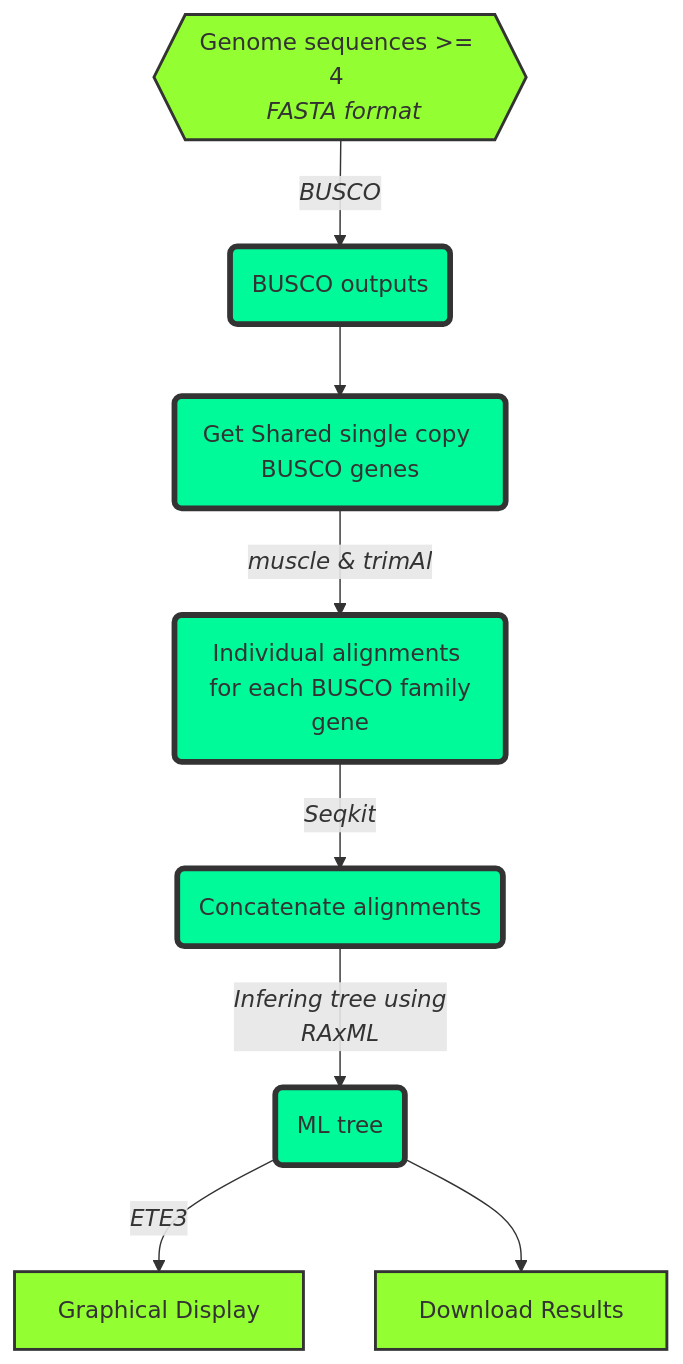
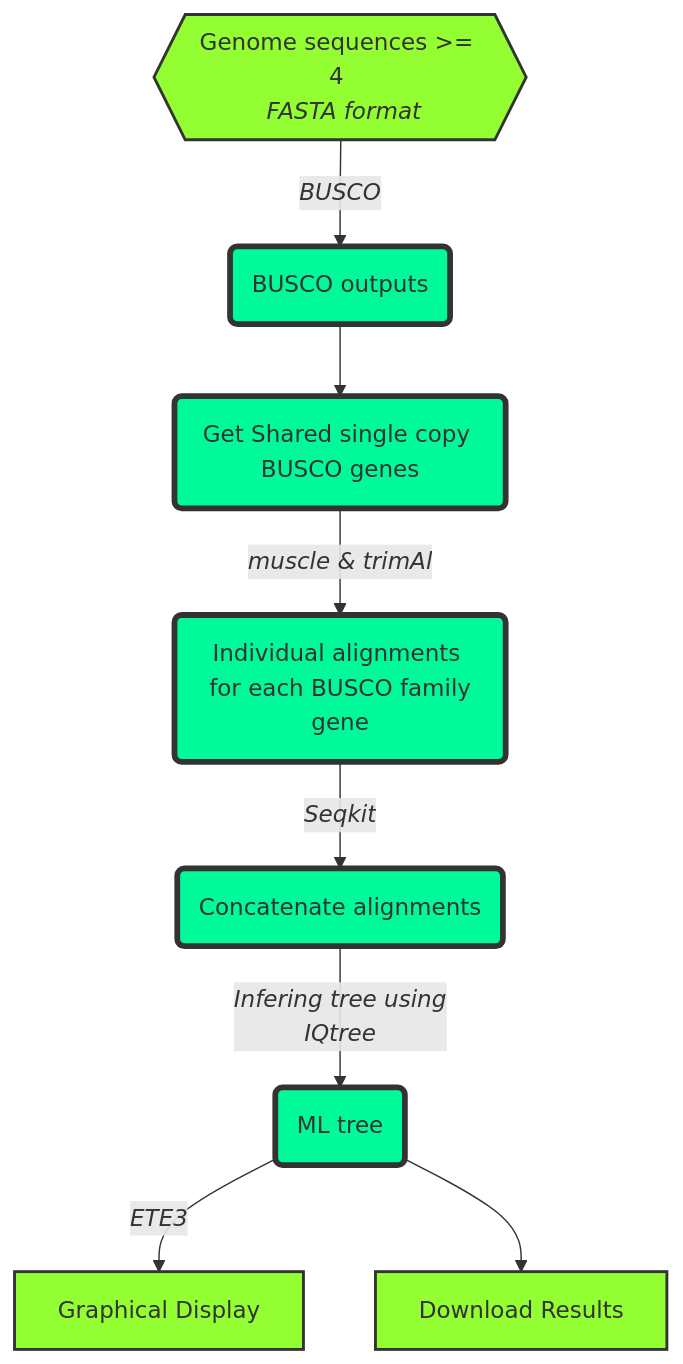
One commit to alaesahbou/BuscoPhylo changed the diagram in README.md. Above: the diagram before and after it, drawn with Mermaid.

````diff
--- a/README.md
+++ b/README.md
@@ -7,20 +7,20 @@
 ```mermaid
 graph TD
     
     a{{Genome sequences >= 4 <br> <i>FASTA format}} -- <i>BUSCO --> b(BUSCO outputs)
     b --> c(Get Shared single copy BUSCO genes)
     c --> |<i>muscle & trimAl| d(Individual alignments <br> for each BUSCO family gene)
     d -- <i>Seqkit --> e(Concatenate alignments)
-    e --> |<i>Infering tree using <br>RAxML| f(ML tree)
+    e --> |<i>Infering tree using <br>IQtree| f(ML tree)
     f --> |<i>ETE3| g[Graphical Display]
     f --> h[Download Results]
  
 
 
 
         classDef green fill:#93FF33,stroke:#333,stroke-width:2px
         classDef blue fill:#00FA9A,stroke:#333,stroke-width:4px
        
         class g,a,h green
         class b,c,d,e,f blue
  ```      
````
